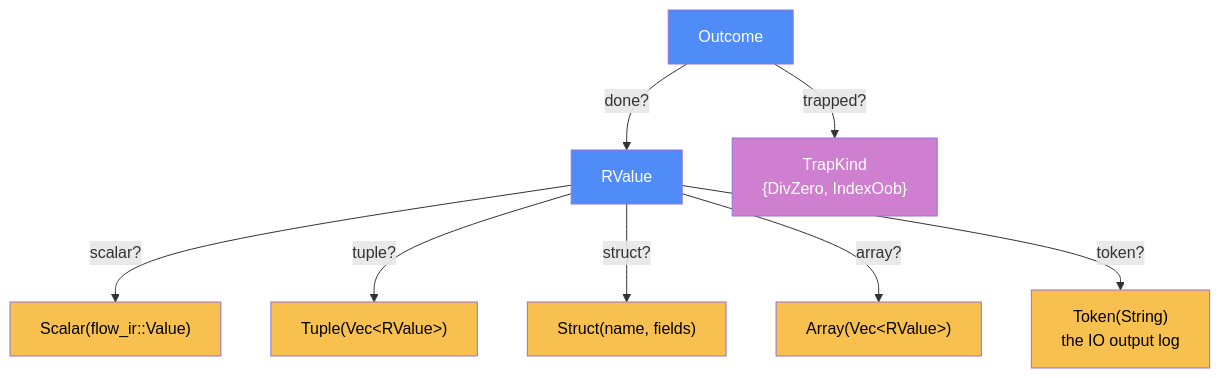
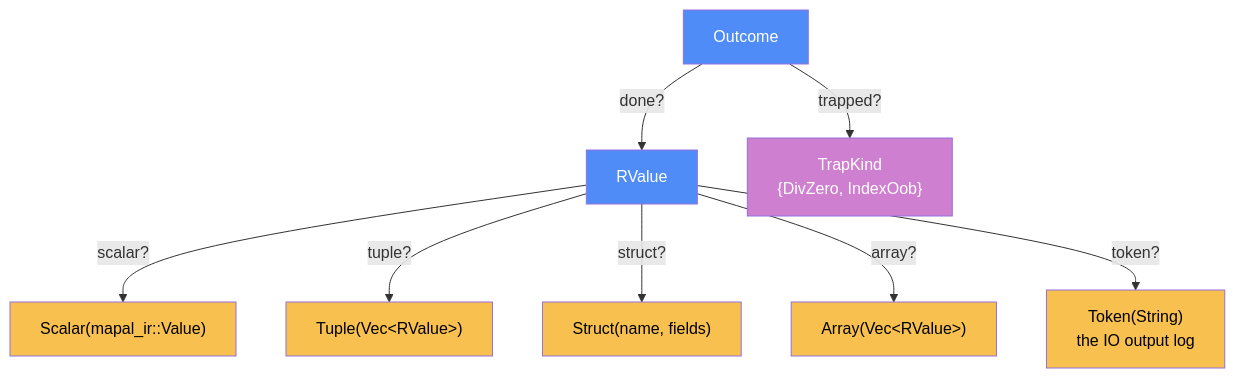
The diagram in docs/components/interp/DESIGN.md (LessComplexity/flow), drawn with Mermaid before and after one commit. The commit also changed other lines of this file and 659 other files, not shown here.

````diff
--- a/docs/components/interp/DESIGN.md
+++ b/docs/components/interp/DESIGN.md
@@ -20,26 +20,26 @@
 ```mermaid
 graph TB
     RV["RValue"]
-    Sc["Scalar(flow_ir::Value)"]
+    Sc["Scalar(mapal_ir::Value)"]
     Tup["Tuple(Vec&lt;RValue&gt;)"]
     St["Struct(name, fields)"]
     Arr["Array(Vec&lt;RValue&gt;)"]
     Tok["Token(String)<br/>the IO output log"]
     Out["Outcome"]
     Trap["TrapKind<br/>{DivZero, IndexOob}"]
     RV -->|"scalar?"| Sc
     RV -->|"tuple?"| Tup
     RV -->|"struct?"| St
     RV -->|"array?"| Arr
     RV -->|"token?"| Tok
     Out -->|"done?"| RV
     Out -->|"trapped?"| Trap
     style RV fill:#4f8cf7,color:#fff
     style Out fill:#4f8cf7,color:#fff
     style Sc fill:#f7c04f,color:#000
     style Tup fill:#f7c04f,color:#000
     style St fill:#f7c04f,color:#000
     style Arr fill:#f7c04f,color:#000
     style Tok fill:#f7c04f,color:#000
     style Trap fill:#cf7fcf,color:#fff
 ```
````
